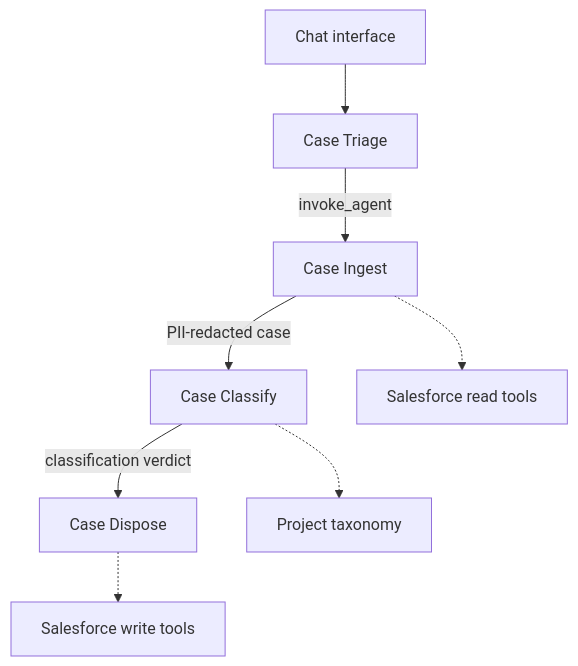
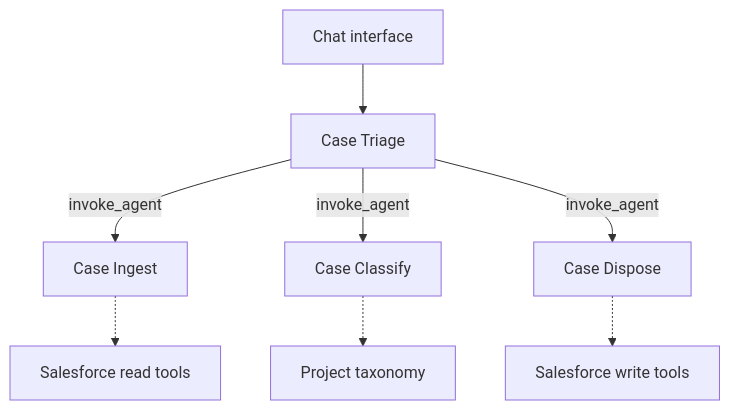
Before and after one commit to veryfront/agentic-case-processing-salesforce: the diagram in README.md, drawn with Mermaid.

Commit message:
docs: show orchestrator invoking each agent

````diff
--- a/README.md
+++ b/README.md
@@ -5,11 +5,11 @@
 ```mermaid
 flowchart TD
   Chat["Chat interface"] --> Triage["Case Triage"]
   Triage -->|invoke_agent| Ingest["Case Ingest"]
-  Ingest -->|PII-redacted case| Classify["Case Classify"]
-  Classify -->|classification verdict| Dispose["Case Dispose"]
+  Triage -->|invoke_agent| Classify["Case Classify"]
+  Triage -->|invoke_agent| Dispose["Case Dispose"]
 
   Ingest -.-> SalesforceRead["Salesforce read tools"]
   Classify -.-> Taxonomy["Project taxonomy"]
   Dispose -.-> SalesforceWrite["Salesforce write tools"]
 ```
````
